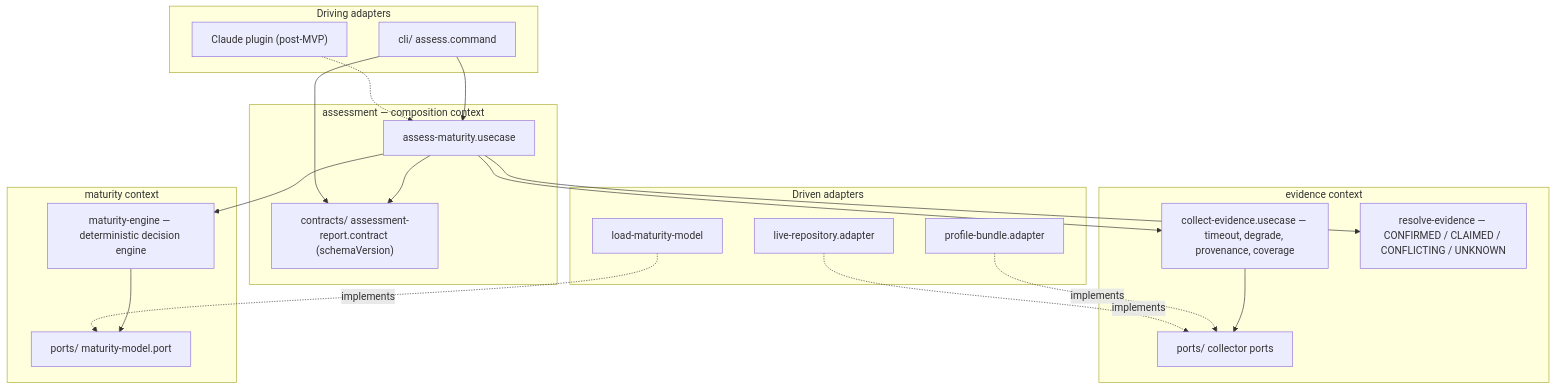
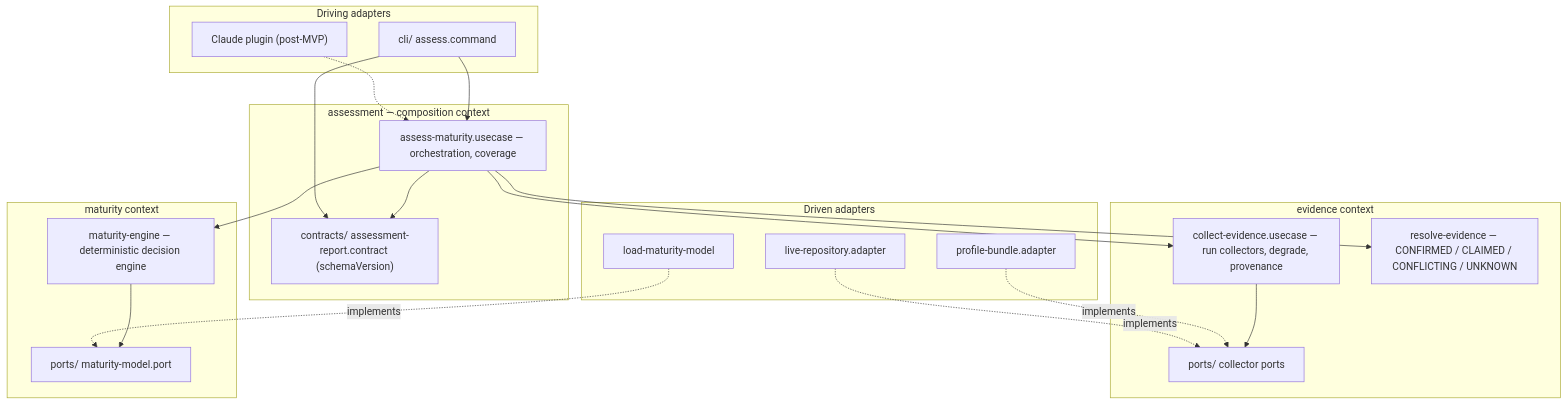
The diagram in aidd_docs/INSTALL.md (BlandineRdl/aidd-audit), drawn with Mermaid before and after one commit. The commit also changed other lines of this file and 3 other files, not shown here.

````diff
--- a/aidd_docs/INSTALL.md
+++ b/aidd_docs/INSTALL.md
@@ -154,47 +154,47 @@
 ```mermaid
 flowchart TB
 
   subgraph driving["Driving adapters"]
     CLI["cli/ assess.command"]
     PLUGIN["Claude plugin (post-MVP)"]
   end
 
   subgraph assessment["assessment — composition context"]
-    ASSESS["assess-maturity.usecase"]
+    ASSESS["assess-maturity.usecase — orchestration, coverage"]
     CONTRACT["contracts/ assessment-report.contract (schemaVersion)"]
   end
 
   subgraph evidence["evidence context"]
-    COLLECT["collect-evidence.usecase — timeout, degrade, provenance, coverage"]
+    COLLECT["collect-evidence.usecase — run collectors, degrade, provenance"]
     RESOLVE["resolve-evidence — CONFIRMED / CLAIMED / CONFLICTING / UNKNOWN"]
     PSRC["ports/ collector ports"]
   end
 
   subgraph maturity["maturity context"]
     CHECK["maturity-engine — deterministic decision engine"]
     PMODEL["ports/ maturity-model.port"]
   end
 
   subgraph driven["Driven adapters"]
     FIX["profile-bundle.adapter"]
     GIT["live-repository.adapter"]
     YAML["load-maturity-model"]
   end
 
   CLI --> ASSESS
   PLUGIN -.-> ASSESS
 
   ASSESS --> COLLECT
   ASSESS --> RESOLVE
   ASSESS --> CHECK
   ASSESS --> CONTRACT
 
   CLI --> CONTRACT
 
   COLLECT --> PSRC
   CHECK --> PMODEL
 
   FIX -.->|implements| PSRC
   GIT -.->|implements| PSRC
   YAML -.->|implements| PMODEL
 ```
````
